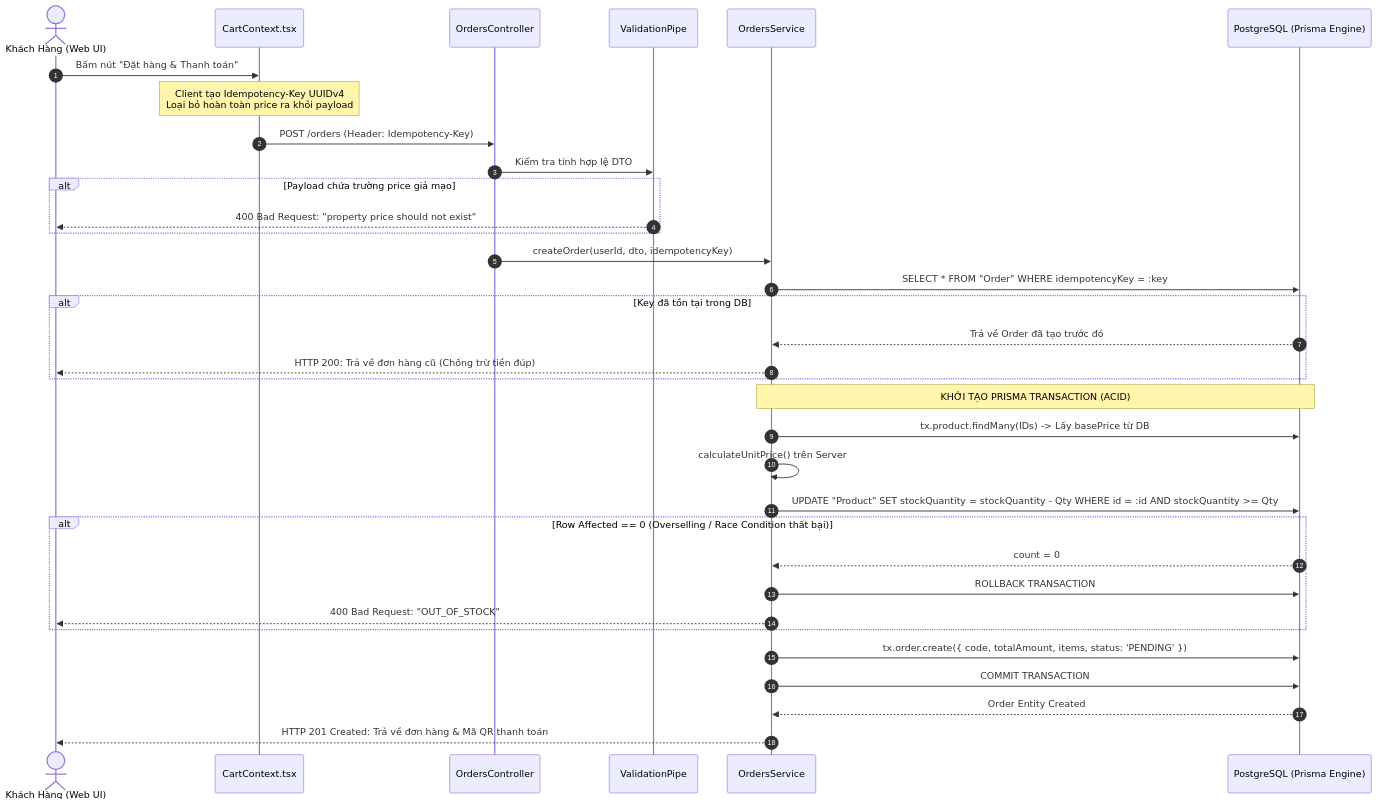
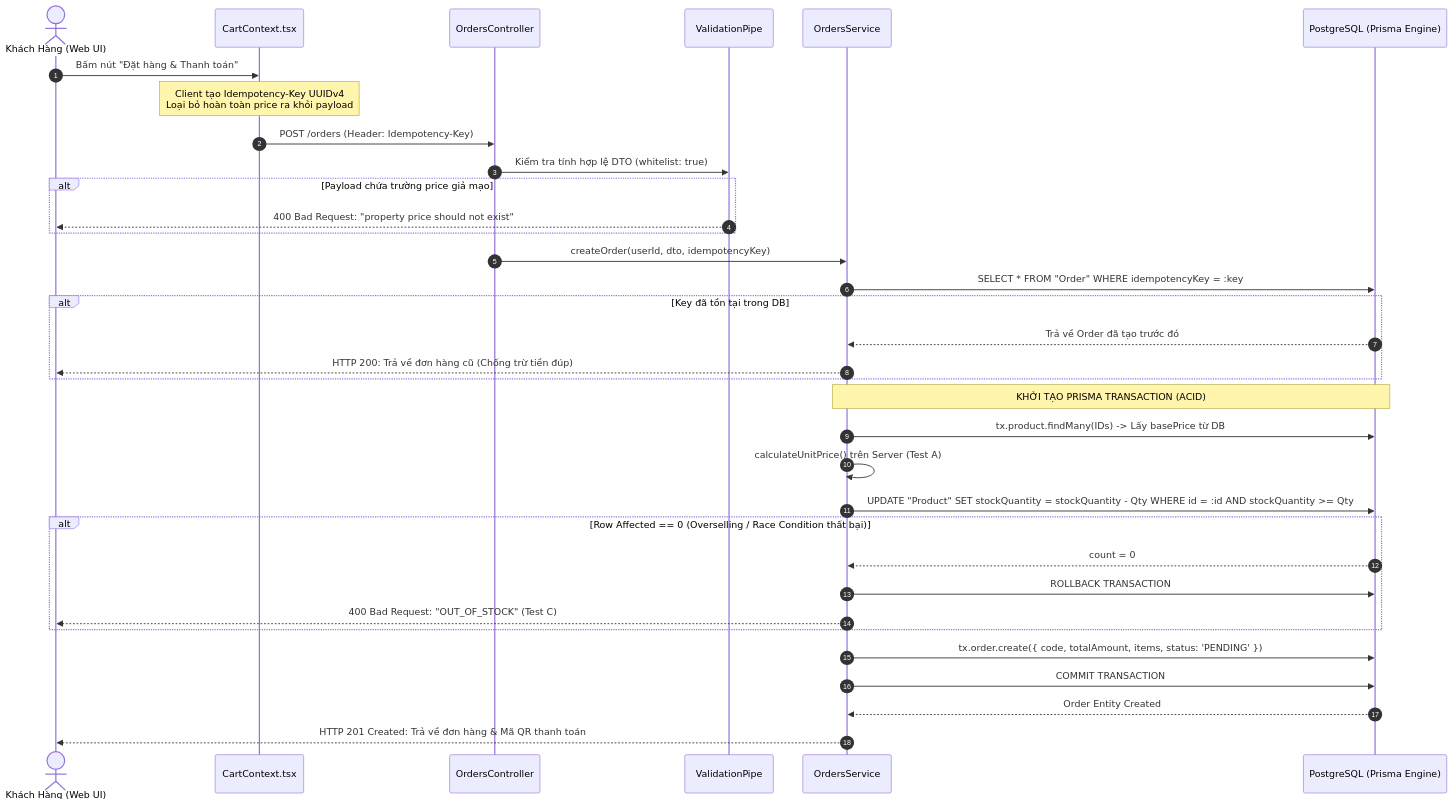
The third of 6 diagrams in docs/master-defense-report-a-to-z.md (Gtvkun-ai/brewlite-a2), drawn with Mermaid before and after one commit. The commit also changed other lines of this file and 10 other files, not shown here.

````diff
--- a/docs/master-defense-report-a-to-z.md
+++ b/docs/master-defense-report-a-to-z.md
@@ -167,41 +177,41 @@
 ```mermaid
 sequenceDiagram
     autonumber
     actor Customer as Khách Hàng (Web UI)
     participant Cart as CartContext.tsx
     participant Controller as OrdersController
     participant Pipe as ValidationPipe
     participant Service as OrdersService
     participant DB as PostgreSQL (Prisma Engine)
 
     Customer->>Cart: Bấm nút "Đặt hàng & Thanh toán"
     Note over Cart: Client tạo Idempotency-Key UUIDv4<br/>Loại bỏ hoàn toàn price ra khỏi payload
     Cart->>Controller: POST /orders (Header: Idempotency-Key)
-    Controller->>Pipe: Kiểm tra tính hợp lệ DTO
+    Controller->>Pipe: Kiểm tra tính hợp lệ DTO (whitelist: true)
     alt Payload chứa trường price giả mạo
         Pipe-->>Customer: 400 Bad Request: "property price should not exist"
     end
     Controller->>Service: createOrder(userId, dto, idempotencyKey)
     
     Service->>DB: SELECT * FROM "Order" WHERE idempotencyKey = :key
     alt Key đã tồn tại trong DB
         DB-->>Service: Trả về Order đã tạo trước đó
         Service-->>Customer: HTTP 200: Trả về đơn hàng cũ (Chống trừ tiền đúp)
     end
 
     Note over Service,DB: KHỞI TẠO PRISMA TRANSACTION (ACID)
     Service->>DB: tx.product.findMany(IDs) -> Lấy basePrice từ DB
-    Service->>Service: calculateUnitPrice() trên Server
+    Service->>Service: calculateUnitPrice() trên Server (Test A)
     
     Service->>DB: UPDATE "Product" SET stockQuantity = stockQuantity - Qty WHERE id = :id AND stockQuantity >= Qty
     alt Row Affected == 0 (Overselling / Race Condition thất bại)
         DB-->>Service: count = 0
         Service->>DB: ROLLBACK TRANSACTION
-        Service-->>Customer: 400 Bad Request: "OUT_OF_STOCK"
+        Service-->>Customer: 400 Bad Request: "OUT_OF_STOCK" (Test C)
     end
 
     Service->>DB: tx.order.create({ code, totalAmount, items, status: 'PENDING' })
     Service->>DB: COMMIT TRANSACTION
     DB-->>Service: Order Entity Created
     Service-->>Customer: HTTP 201 Created: Trả về đơn hàng & Mã QR thanh toán
 ```
````
